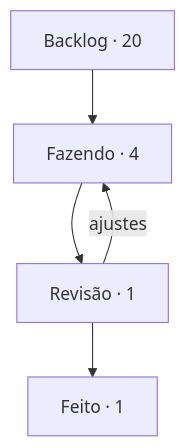
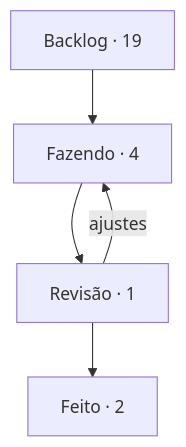
Before and after one commit to StudioVibi/VibiKanban: the diagram in boards/dungeon-bend/BOARD.md, drawn with Mermaid. The commit also changed other lines of this file and 2 other files, not shown here.

````diff
--- a/boards/dungeon-bend/BOARD.md
+++ b/boards/dungeon-bend/BOARD.md
@@ -5,10 +5,10 @@
 ```mermaid
 flowchart TD
-  backlog["Backlog · 20"] --> doing["Fazendo · 4"]
+  backlog["Backlog · 19"] --> doing["Fazendo · 4"]
   doing --> review["Revisão · 1"]
-  review --> done["Feito · 1"]
+  review --> done["Feito · 2"]
   review -->|ajustes| doing
   doing:::blue
   review:::yellow
   done:::green
 ```
````
